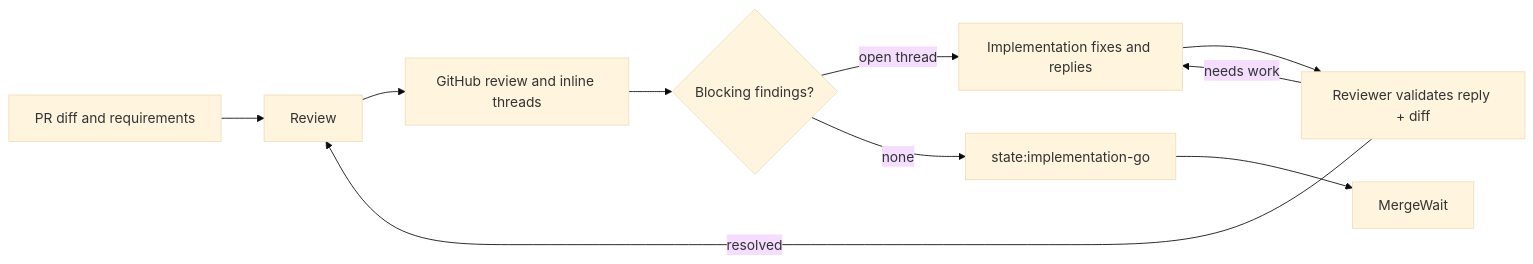
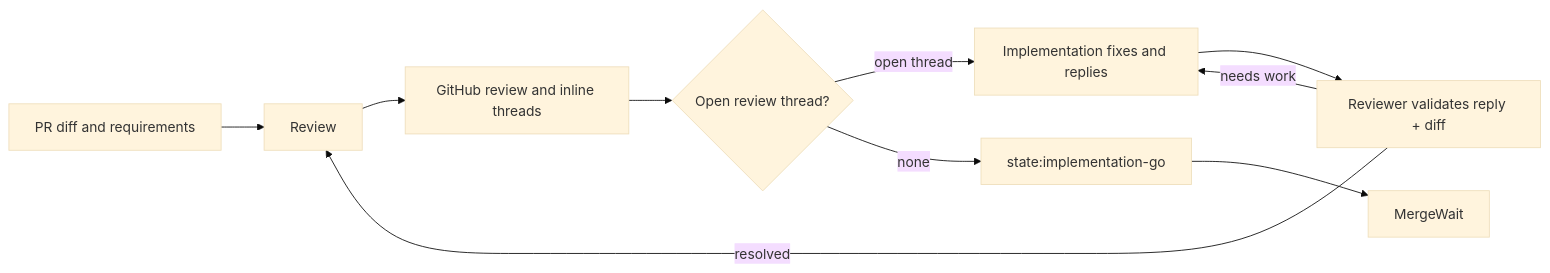
Diagram 11 of 16 in docs/architecture.md (HomericIntelligence/Hephaestus), drawn with Mermaid (base theme) before and after one commit. The commit also changed other lines of this file and 21 other files, not shown here.

Commit message:
fix(automation): enforce review thread roles

````diff
--- a/docs/architecture.md
+++ b/docs/architecture.md
@@ -918,11 +918,11 @@
 ```mermaid
 flowchart LR
     PR["PR diff and requirements"] --> Review
     Review --> GitHub["GitHub review and inline threads"]
-    GitHub --> Gate{"Blocking findings?"}
+    GitHub --> Gate{"Open review thread?"}
     Gate -->|"open thread"| Address["Implementation fixes and replies"] --> Validate["Reviewer validates reply + diff"]
     Validate -->|"resolved"| Review
     Validate -->|"needs work"| Address
     Gate -->|"none"| Approve["state:implementation-go"]
     Approve --> MergeWait
 ```
````
